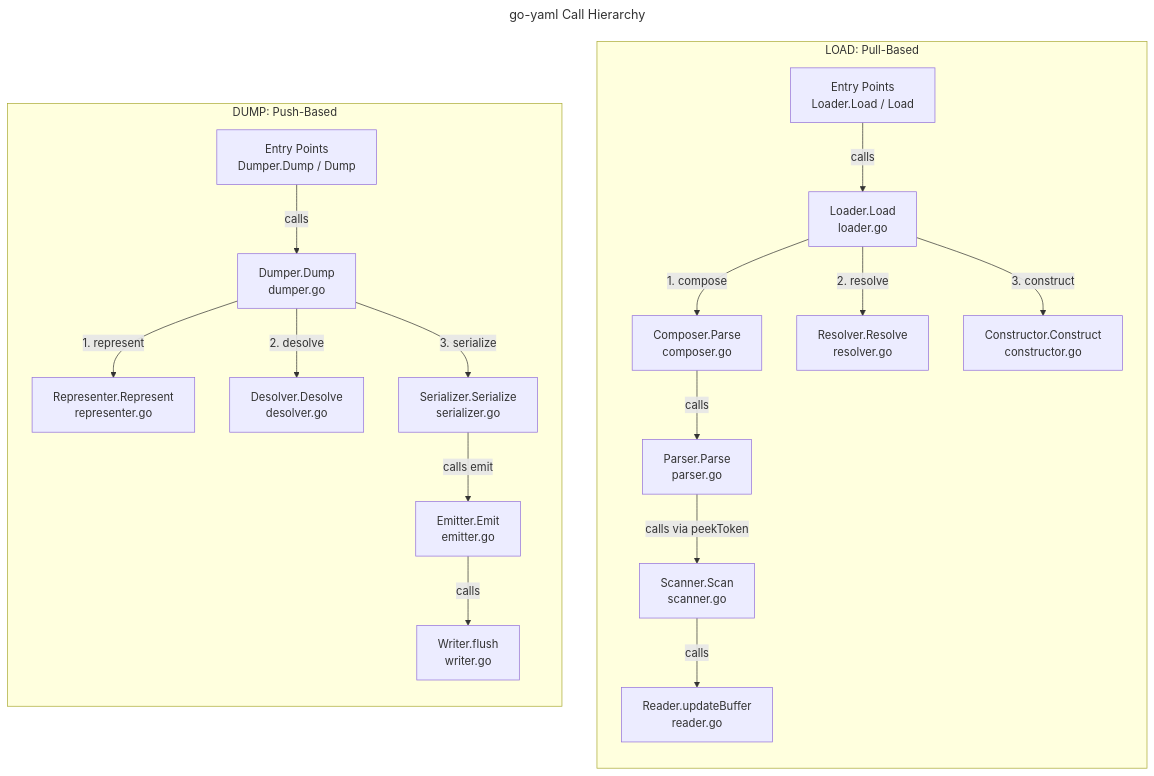
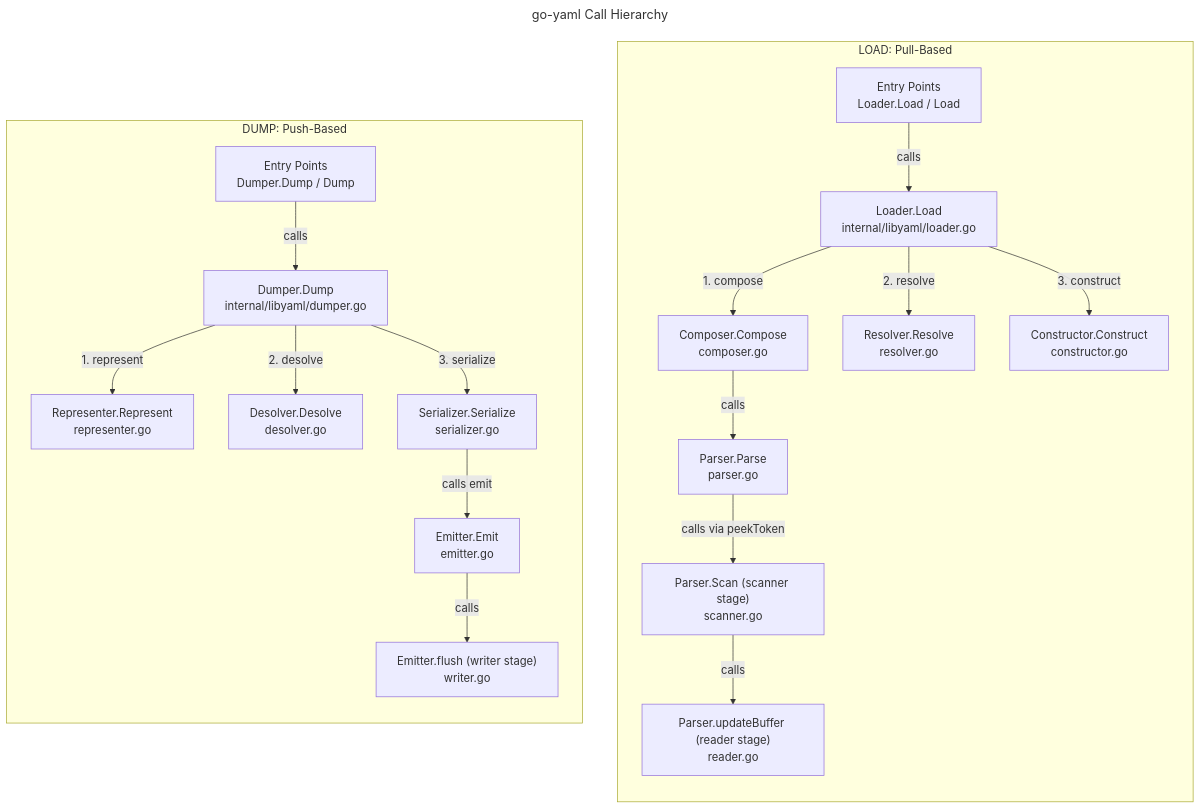
Before and after one commit to yaml/go-yaml: the diagram in docs/dev/call-hierarchy.mmd, drawn with Mermaid. The commit also changed 35 other files, not shown here.

```diff
--- a/docs/dev/call-hierarchy.mmd
+++ b/docs/dev/call-hierarchy.mmd
@@ -1,41 +1,41 @@
 ---
 title: go-yaml Call Hierarchy
 ---
 flowchart TB
     subgraph LOAD ["LOAD: Pull-Based"]
         direction TB
         L_entry["Entry Points<br/>Loader.Load / Load"]
-        L_loader["Loader.Load<br/>loader.go"]
+        L_loader["Loader.Load<br/>internal/libyaml/loader.go"]
         L_constructor["Constructor.Construct<br/>constructor.go"]
         L_resolver["Resolver.Resolve<br/>resolver.go"]
-        L_composer["Composer.Parse<br/>composer.go"]
+        L_composer["Composer.Compose<br/>composer.go"]
         L_parser["Parser.Parse<br/>parser.go"]
-        L_scanner["Scanner.Scan<br/>scanner.go"]
-        L_reader["Reader.updateBuffer<br/>reader.go"]
+        L_scanner["Parser.Scan (scanner stage)<br/>scanner.go"]
+        L_reader["Parser.updateBuffer (reader stage)<br/>reader.go"]
 
         L_entry -->|calls| L_loader
         L_loader -->|1. compose| L_composer
         L_loader -->|2. resolve| L_resolver
         L_loader -->|3. construct| L_constructor
         L_composer -->|calls| L_parser
         L_parser -->|calls via peekToken| L_scanner
         L_scanner -->|calls| L_reader
     end
 
     subgraph DUMP ["DUMP: Push-Based"]
         direction TB
         D_entry["Entry Points<br/>Dumper.Dump / Dump"]
-        D_dumper["Dumper.Dump<br/>dumper.go"]
+        D_dumper["Dumper.Dump<br/>internal/libyaml/dumper.go"]
         D_representer["Representer.Represent<br/>representer.go"]
         D_desolver["Desolver.Desolve<br/>desolver.go"]
         D_serializer["Serializer.Serialize<br/>serializer.go"]
         D_emitter["Emitter.Emit<br/>emitter.go"]
-        D_writer["Writer.flush<br/>writer.go"]
+        D_writer["Emitter.flush (writer stage)<br/>writer.go"]
 
         D_entry -->|calls| D_dumper
         D_dumper -->|1. represent| D_representer
         D_dumper -->|2. desolve| D_desolver
         D_dumper -->|3. serialize| D_serializer
         D_serializer -->|calls emit| D_emitter
         D_emitter -->|calls| D_writer
     end
```
